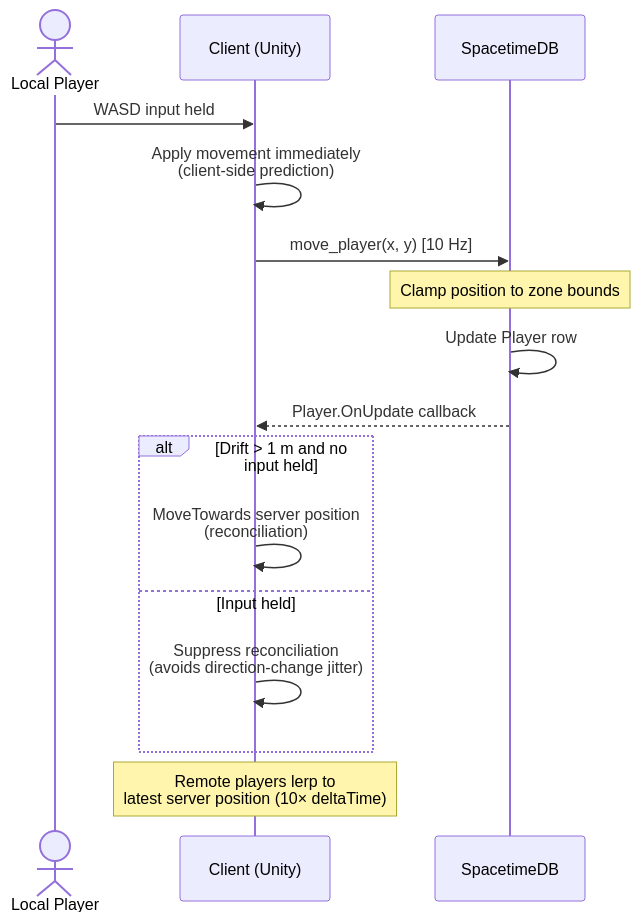
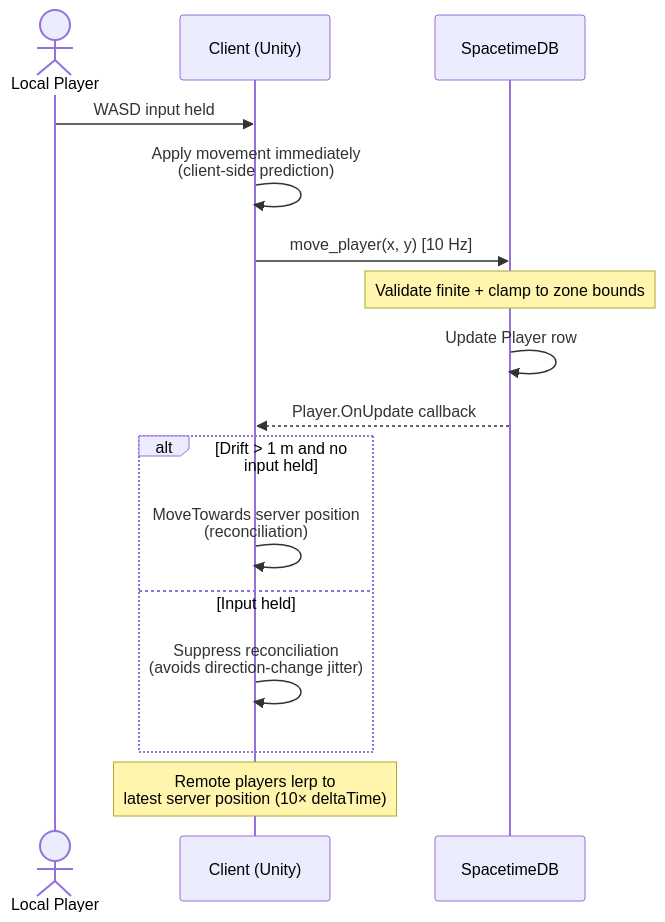
The fourth of 8 diagrams in docs/architecture/Diagrams.md (bjsmithxyz/zoneforge), drawn with Mermaid before and after one commit. The commit also changed other lines of this file and 11 other files, not shown here.

First line of the commit message:
docs: refresh all docs for Phase 5 (architecture, design, guides, ADRs)

````diff
--- a/docs/architecture/Diagrams.md
+++ b/docs/architecture/Diagrams.md
@@ -185,20 +345,20 @@
 ```mermaid
 sequenceDiagram
     actor       P  as Local Player
     participant Cl as Client (Unity)
     participant S  as SpacetimeDB
 
     P  ->>  Cl : WASD input held
     Cl ->>  Cl : Apply movement immediately<br/>(client-side prediction)
     Cl ->>  S  : move_player(x, y)  [10 Hz]
-    Note over S : Clamp position to zone bounds
+    Note over S : Validate finite + clamp to zone bounds
     S  ->>  S  : Update Player row
     S  -->> Cl : Player.OnUpdate callback
     alt Drift > 1 m and no input held
         Cl ->>  Cl : MoveTowards server position<br/>(reconciliation)
     else Input held
         Cl ->>  Cl : Suppress reconciliation<br/>(avoids direction-change jitter)
     end
 
     Note over Cl : Remote players lerp to<br/>latest server position (10× deltaTime)
 ```
````
